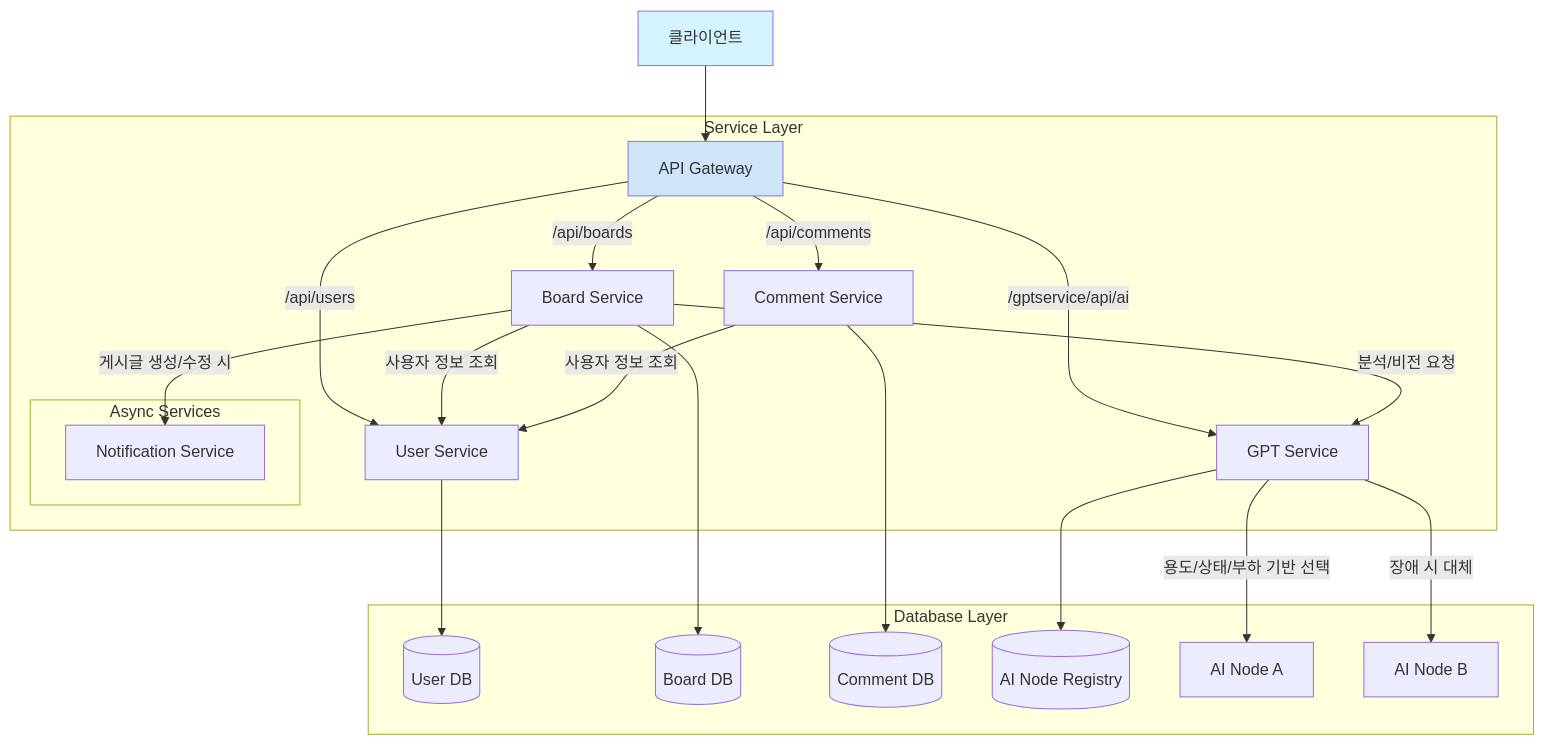
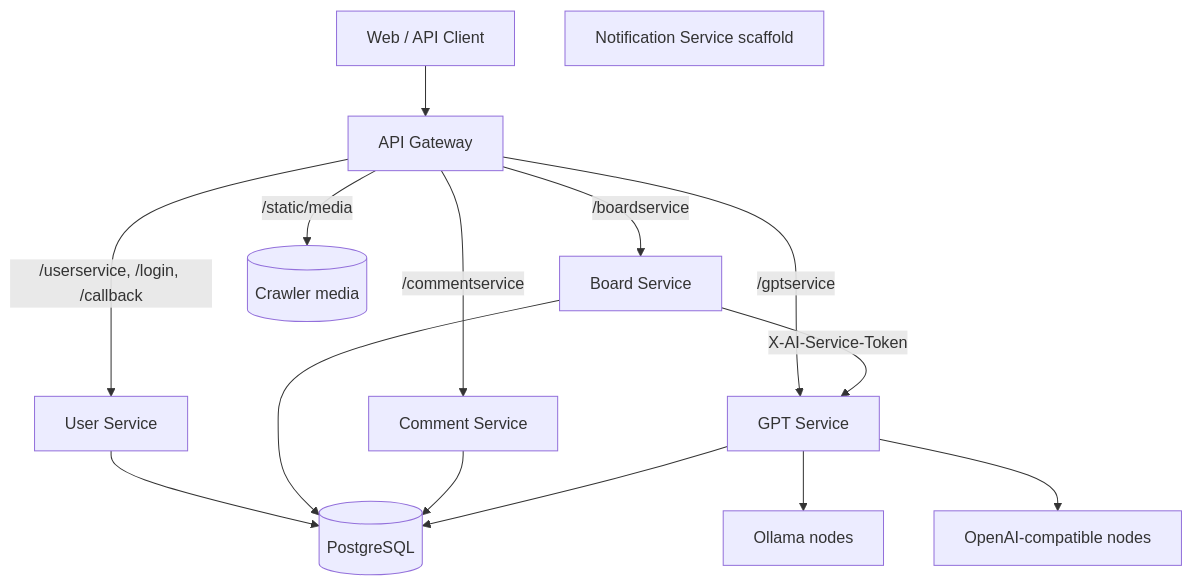
The diagram in docs/ARCHITECTURE.md (king-wang-jjang/kingwangjjang-be), drawn with Mermaid before and after one commit. The commit also changed other lines of this file and 23 other files, not shown here.

````diff
--- a/docs/ARCHITECTURE.md
+++ b/docs/ARCHITECTURE.md
@@ -13,34 +7,21 @@
 ```mermaid
-graph TD
-    Client[클라이언트] --> APIGateway[API Gateway]
+flowchart TD
+    Client[Web / API Client] --> Gateway[API Gateway]
+    Gateway -->|/userservice, /login, /callback| User[User Service]
+    Gateway -->|/boardservice| Board[Board Service]
+    Gateway -->|/commentservice| Comment[Comment Service]
+    Gateway -->|/gptservice| GPT[GPT Service]
+    Gateway -->|/static/media| Media[(Crawler media)]
 
-    subgraph "Service Layer"
-        APIGateway -->|/api/users| UserService[User Service]
-        APIGateway -->|/api/boards| BoardService[Board Service]
-        APIGateway -->|/api/comments| CommentService[Comment Service]
-        APIGateway -->|/gptservice/api/ai| GptService[GPT Service]
+    Board -->|X-AI-Service-Token| GPT
 
-        BoardService -->|사용자 정보 조회| UserService
-        BoardService -->|분석/비전 요청| GptService
-        CommentService -->|사용자 정보 조회| UserService
-        
-        subgraph "Async Services"
-            NotificationService[Notification Service]
-        end
+    User --> PG[(PostgreSQL)]
+    Board --> PG
+    Comment --> PG
+    GPT --> PG
 
-        BoardService -->|게시글 생성/수정 시| NotificationService
-    end
+    GPT --> Ollama[Ollama nodes]
+    GPT --> OpenAICompatible[OpenAI-compatible nodes]
 
-    subgraph "Database Layer"
-        UserService --> UsersDB[(User DB)]
-        BoardService --> BoardsDB[(Board DB)]
-        CommentService --> CommentsDB[(Comment DB)]
-        GptService --> AINodesDB[(AI Node Registry)]
-
-        GptService -->|용도/상태/부하 기반 선택| AINodeA[AI Node A]
-        GptService -->|장애 시 대체| AINodeB[AI Node B]
-    end
-
-    style Client fill:#d4f3ff
-    style APIGateway fill:#cde4f9
+    Notification[Notification Service scaffold]
 ```
````
